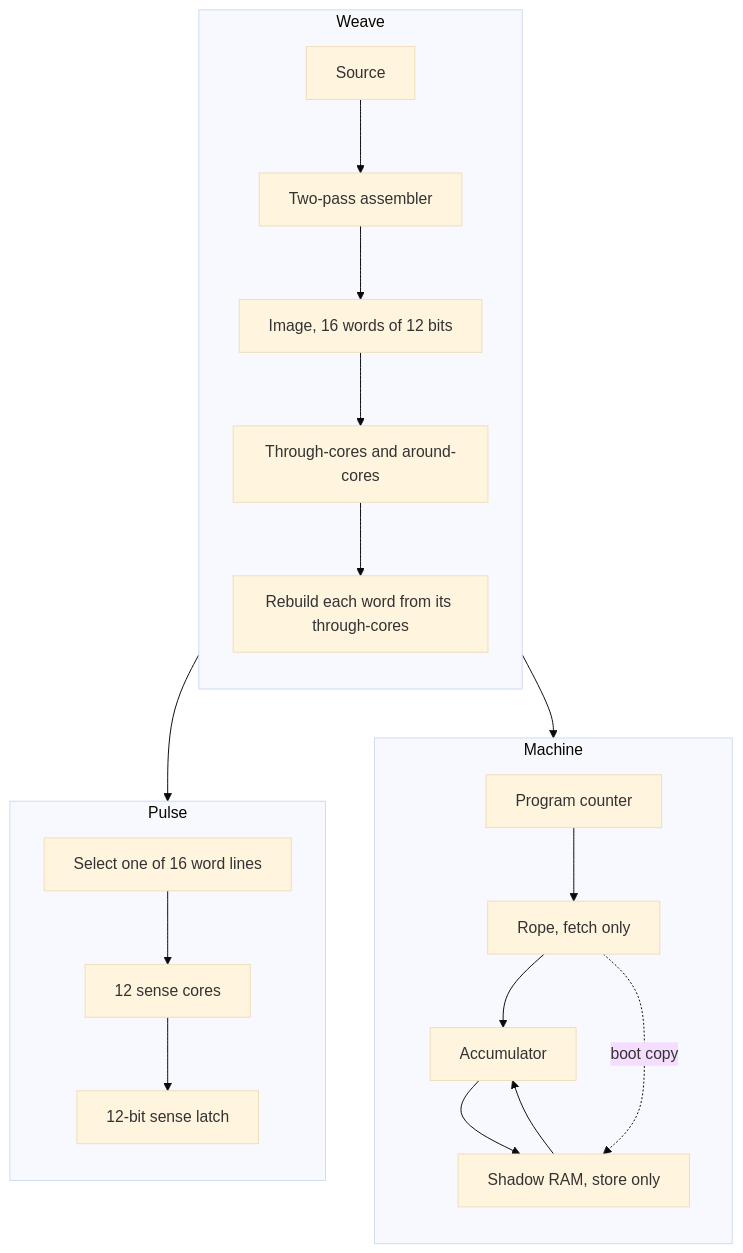
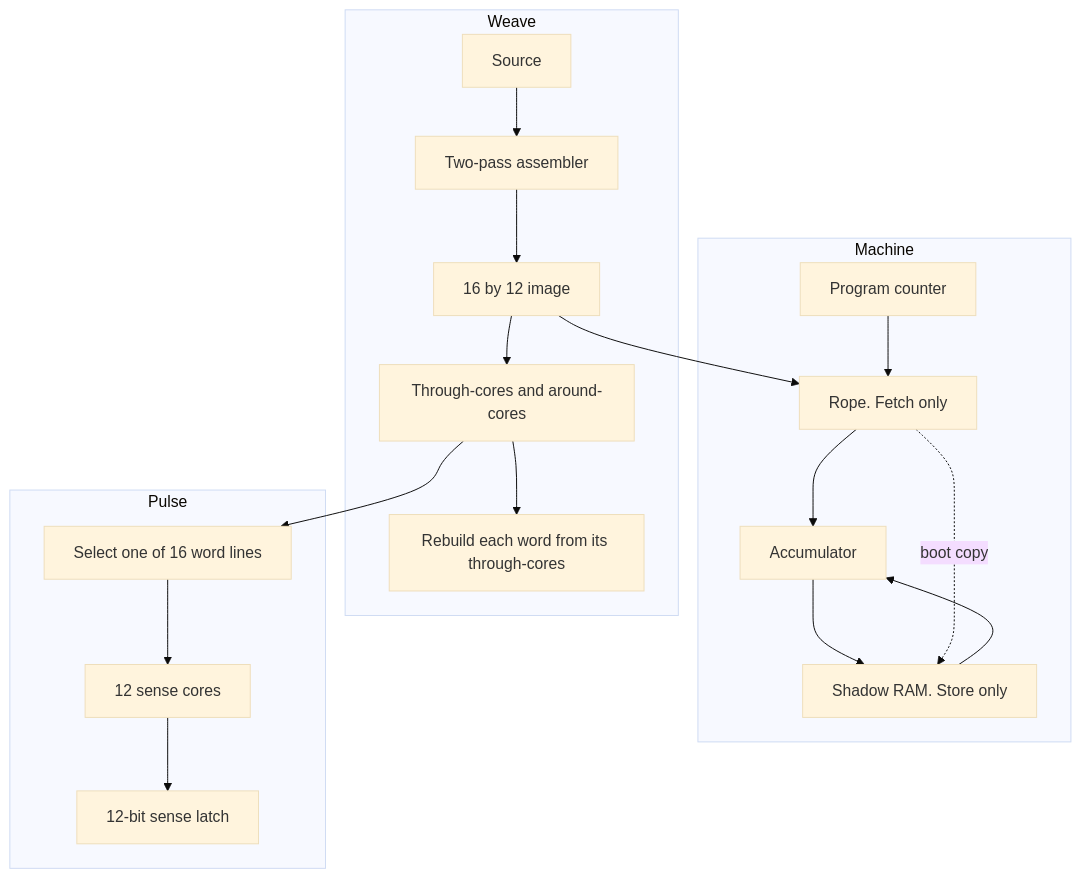
One commit to AHMADALIPARR/core-rope changed the diagram in README.md. Above: the diagram before and after it, drawn with Mermaid (base theme).

Commit message:
Make the architecture flowchart valid Mermaid.
Unquoted commas in node labels stopped GitHub from drawing it.

````diff
--- a/README.md
+++ b/README.md
@@ -13,36 +13,30 @@
 ```mermaid
 flowchart TB
   subgraph weave [Weave]
-    direction TB
     src[Source]
     asm[Two-pass assembler]
-    img["Image, 16 words of 12 bits"]
+    img[16 by 12 image]
     map[Through-cores and around-cores]
     chk[Rebuild each word from its through-cores]
     src --> asm --> img --> map --> chk
   end
-
   subgraph machine [Machine]
-    direction TB
-    rom[Rope, fetch only]
-    ram[Shadow RAM, store only]
+    rom[Rope. Fetch only]
+    ram[Shadow RAM. Store only]
     acc[Accumulator]
     pc[Program counter]
     pc --> rom
     rom --> acc
     ram --> acc
     acc --> ram
   end
-
   subgraph pulse [Pulse]
-    direction TB
     sel[Select one of 16 word lines]
     cores[12 sense cores]
     latch[12-bit sense latch]
     sel --> cores --> latch
   end
-
   img --> rom
   rom -.->|boot copy| ram
   map --> sel
 ```
````
